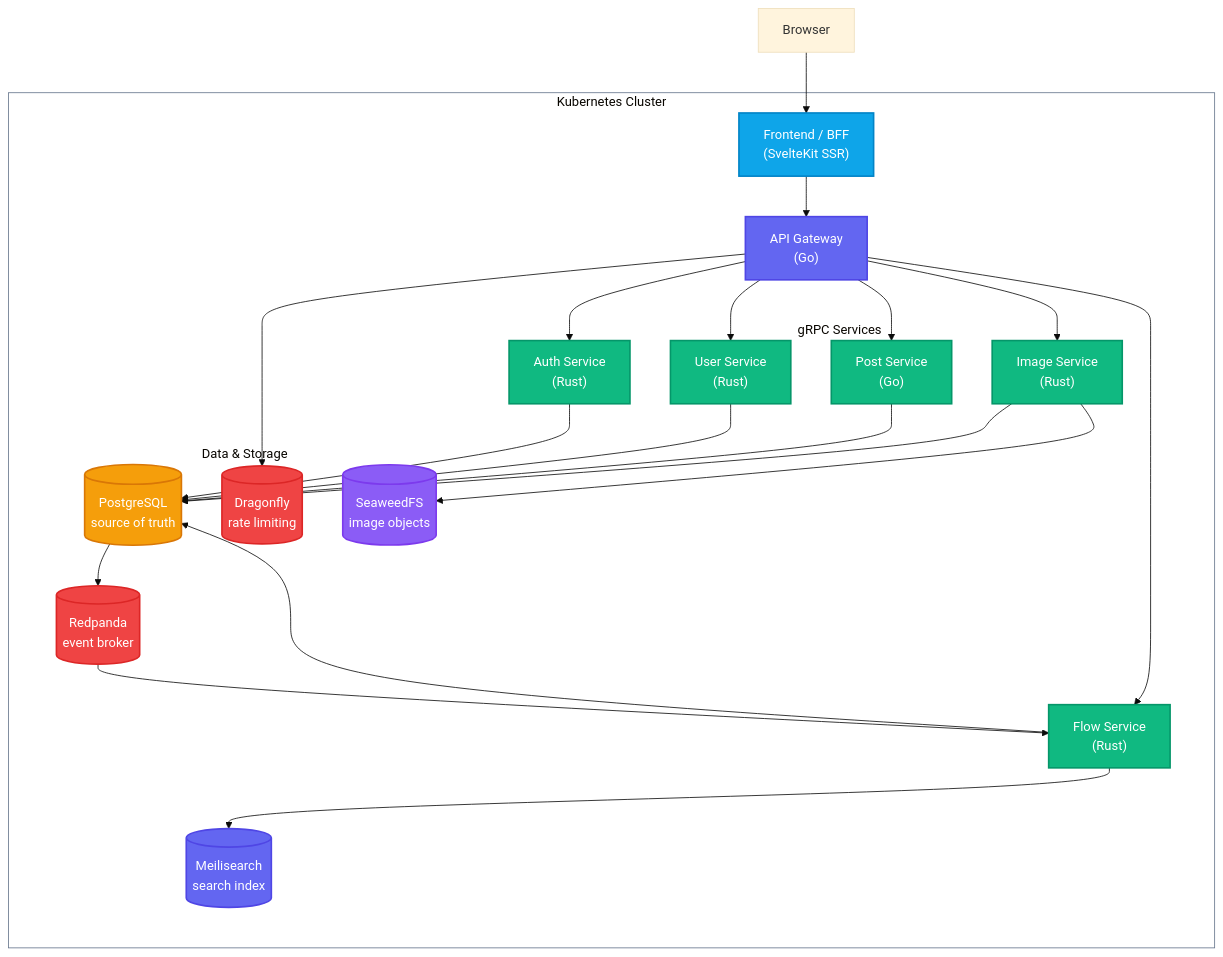
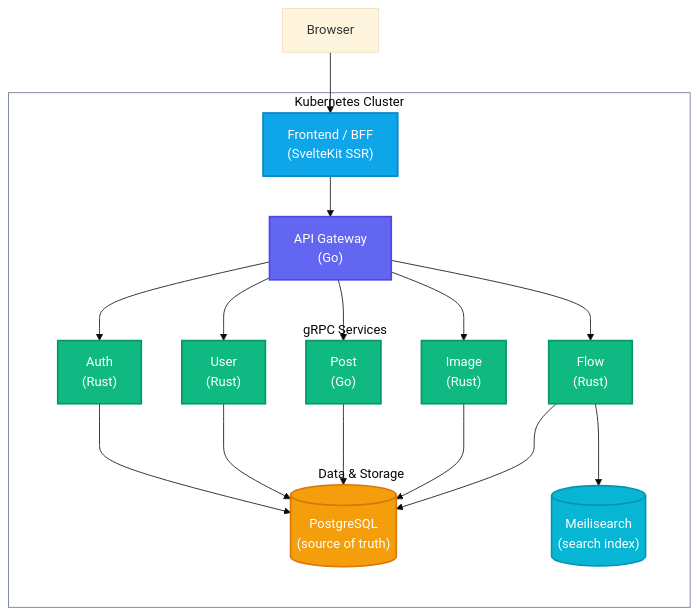
One commit to robbdimitrov/cogito changed the diagram in README.md. Above: the diagram before and after it, drawn with Mermaid (base theme).

Commit message:
docs(readme): simplify architecture diagram to high-level topology

````diff
--- a/README.md
+++ b/README.md
@@ -20,55 +20,38 @@
 ```mermaid
 graph TD
     Browser["Browser"]
 
     subgraph cluster ["Kubernetes Cluster"]
         Web["Frontend / BFF<br>(SvelteKit SSR)"]:::frontend
         API["API Gateway<br>(Go)"]:::gateway
 
         subgraph services ["gRPC Services"]
-            Auth["Auth Service<br>(Rust)"]:::service
-            Users["User Service<br>(Rust)"]:::service
-            Posts["Post Service<br>(Go)"]:::service
-            Images["Image Service<br>(Rust)"]:::service
-            Flow["Flow Service<br>(Rust)"]:::service
+            Auth["Auth<br>(Rust)"]:::service
+            Users["User<br>(Rust)"]:::service
+            Posts["Post<br>(Go)"]:::service
+            Images["Image<br>(Rust)"]:::service
+            Flow["Flow<br>(Rust)"]:::service
         end
 
         subgraph data ["Data & Storage"]
-            DB[("PostgreSQL<br>source of truth")]:::database
-            Cache[("Dragonfly<br>rate limiting")]:::cache
-            Blob[("SeaweedFS<br>image objects")]:::storage
-            Meili[("Meilisearch<br>search index")]:::search
-            Redpanda[("Redpanda<br>event broker")]:::cache
+            DB[("PostgreSQL<br>(source of truth)")]:::database
+            Meili[("Meilisearch<br>(search index)")]:::search
         end
     end
 
     Browser --> Web
     Web --> API
-    API --> Auth
-    API --> Users
-    API --> Posts
-    API --> Images
-    API --> Flow
-    Auth --> DB
-    Users --> DB
-    Posts --> DB
-    Images --> DB
-    Images --> Blob
-    Flow --> DB
+    API --> Auth & Users & Posts & Images & Flow
+    Auth & Users & Posts & Images & Flow --> DB
     Flow --> Meili
-    DB --> Redpanda
-    Redpanda --> Flow
-    API --> Cache
 
     classDef frontend fill:#0ea5e9,stroke:#0284c7,stroke-width:2px,color:#fff
     classDef gateway fill:#6366f1,stroke:#4f46e5,stroke-width:2px,color:#fff
     classDef service fill:#10b981,stroke:#059669,stroke-width:2px,color:#fff
     classDef database fill:#f59e0b,stroke:#d97706,stroke-width:2px,color:#fff
-    classDef storage fill:#8b5cf6,stroke:#7c3aed,stroke-width:2px,color:#fff
-    classDef cache fill:#ef4444,stroke:#dc2626,stroke-width:2px,color:#fff
-    classDef search fill:#6366f1,stroke:#4f46e5,stroke-width:2px,color:#fff
+    classDef search fill:#06b6d4,stroke:#0891b2,stroke-width:2px,color:#fff
 
     style cluster fill:transparent,stroke:#64748b
     style services fill:transparent,stroke:transparent
     style data fill:transparent,stroke:transparent
 ```
````
